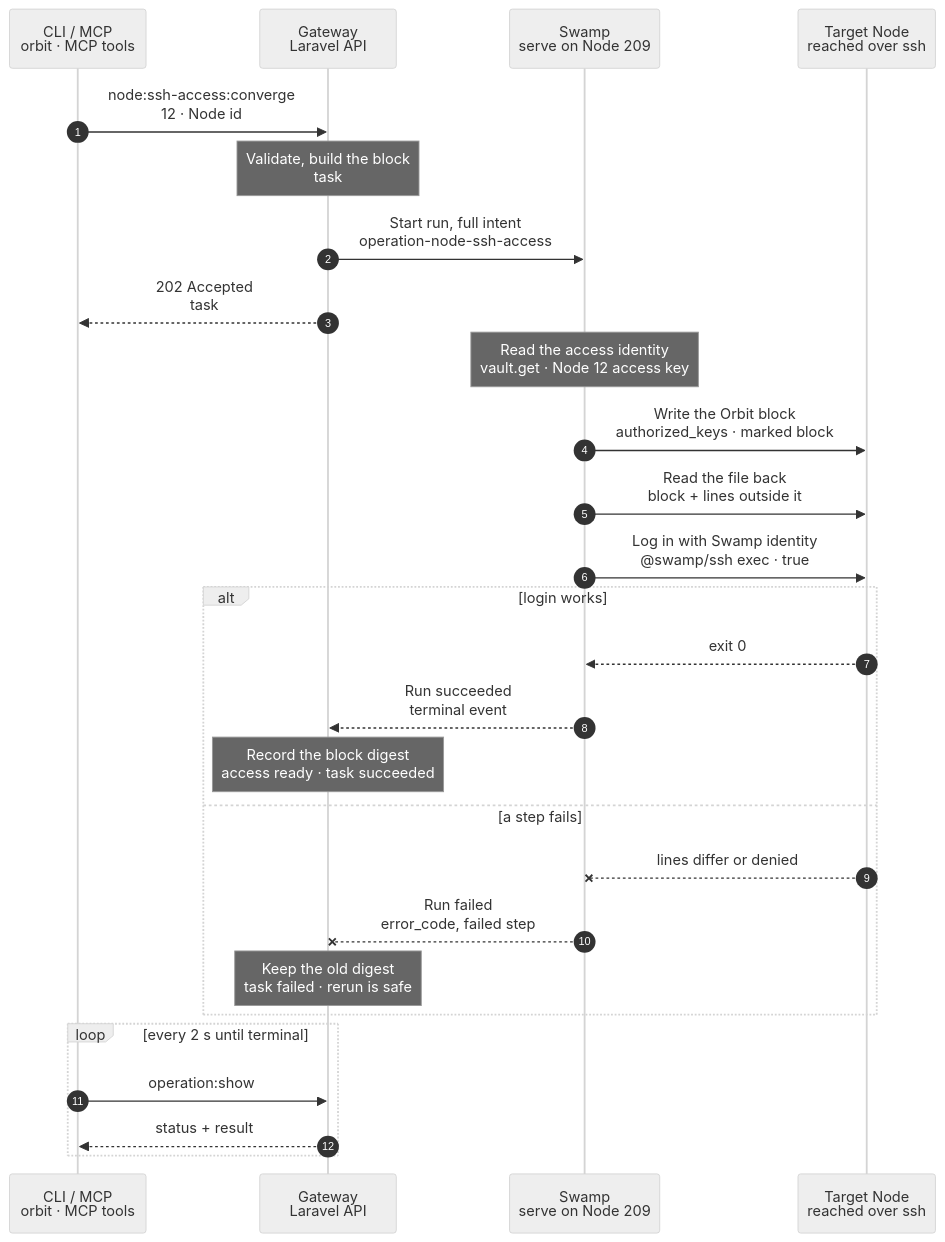
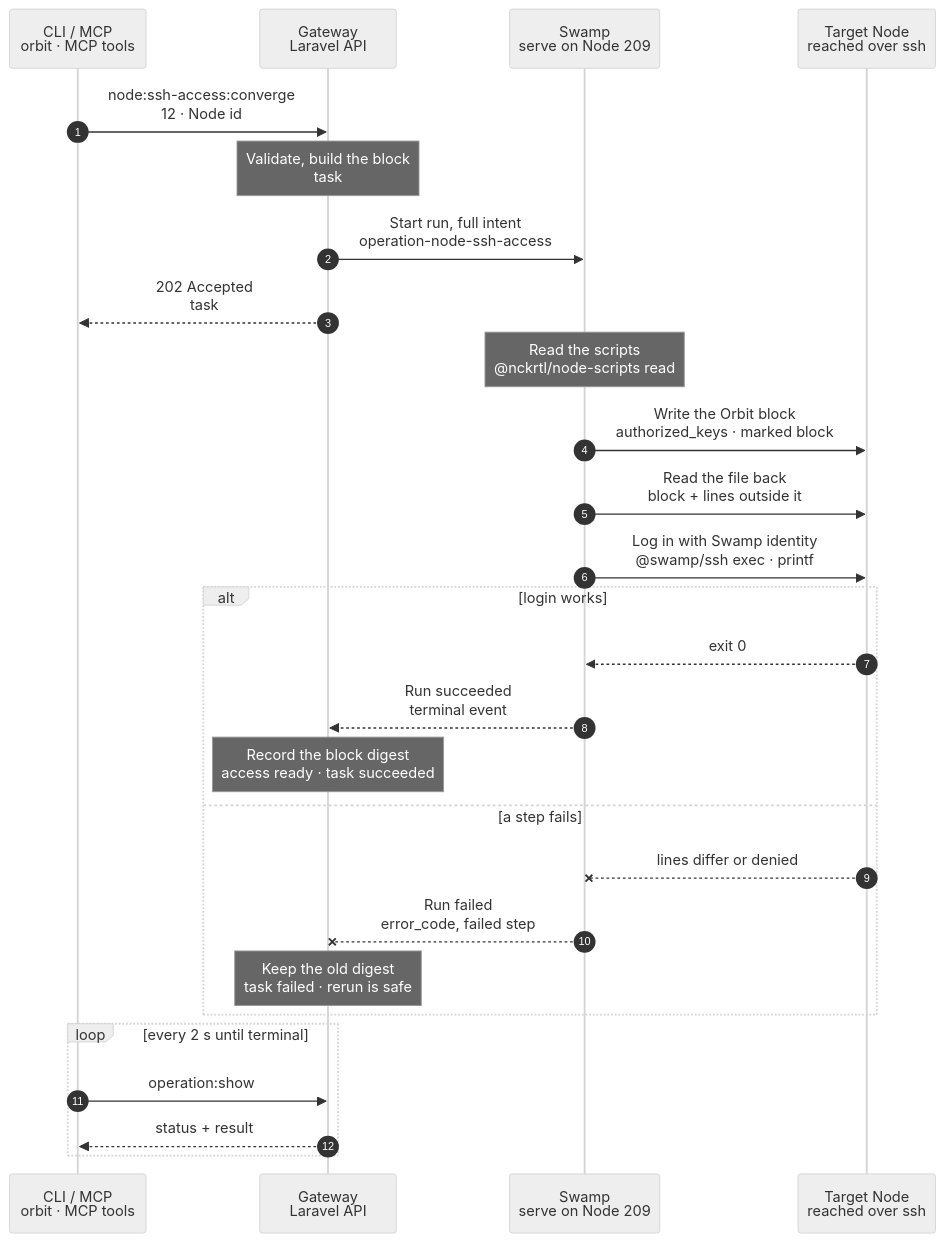
The diagram in docs/flows/node.ssh_access_converge.mmd (hardimpactdev/orbit), drawn with Mermaid (neutral theme) before and after one commit. The commit also changed 22 other files, not shown here.

First line of the commit message:
feat(nodes): node.ssh_access_converge writes only Orbit's marked authorized_keys block

```diff
--- a/docs/flows/node.ssh_access_converge.mmd
+++ b/docs/flows/node.ssh_access_converge.mmd
@@ -1,113 +1,116 @@
 sequenceDiagram
   %% Target design: ADR 0244 task, DECISIONS R2-R4 and 5 (one swamp-role SSH identity); Orbit owns only its marked authorized_keys block (Nov 1 incident).
   %% status: draft
   %% command: node:ssh-access:converge
   autonumber
   %% lane CLI icon=terminal pill=caller tone=gray
   %% lane GW icon=gateway pill=intent tone=blue
   %% lane SW icon=workflow pill=executes tone=green
   %% lane N icon=server pill=target tone=amber
   participant CLI as CLI / MCP<br/>orbit · MCP tools
   participant GW as Gateway<br/>Laravel API
   participant SW as Swamp<br/>serve on Node 209
   participant N as Target Node<br/>reached over ssh
   CLI->>GW: node:ssh-access:converge<br/>12 · Node id
   %%> Command:
   %%> - MCP tool `node-ssh-access-converge` with node `12`; API `POST /nodes/12/ssh-access/converge`
   %%> - syntax: `<node>`
   %%> Input:
   %%> - the Node only; the keys come from Orbit's records, never from the request
   %%> What it does:
   %%> - makes Node 12's managed account accept the Swamp Node's SSH identity and the operator keys recorded in Orbit
   %%> - keeps every other key in `authorized_keys` exactly as it is
   %%> Who can call it:
   %%> - the MCP tool and the API; the `orbit` CLI has no command for it yet
   Note over GW: Validate, build the block<br/>task #5133 · Node 12
   %%> Requirements:
   %%> - your Node has an access grant to Node 12
   %%> - Node 12 is an active, managed Linux Node with stored SSH host keys
   %%> - its managed account is not `root`
   %%> - no other SSH access change runs for Node 12; the Gateway holds one lock per Node
   %%> Builds:
   %%> - the Orbit block: the `swamp` role's public key from Node 209, then each operator key recorded in Orbit, in a stable order
   %%> - the block's digest
   %%> Reuse:
   %%> - a succeeded or running task with the same digest for Node 12 is returned instead of a new one
   %%> Result:
   %%> - task #5133 recorded with the full intent; no private key in it
   GW->>SW: Start run, full intent<br/>operation-node-ssh-access
   %%> What it does:
   %%> - starts one Swamp run on serve (Node 209)
   %%> Inputs:
   %%> - the block's lines and digest, and the managed account
   %%> - Node 12's address and SSH host keys
   %%> - the vault key name of Node 12's access identity, never the key itself (R3)
+  %%> Before the run:
+  %%> - the Gateway puts the identity Node 12 already accepts into the Swamp vault
   GW-->>CLI: 202 Accepted<br/>task #5133
   %%> What you get:
   %%> - the task number, at once
   %%> Next:
   %%> - the CLI follows the task with `operation:show`
-  Note over SW: Read the access identity<br/>vault.get · Node 12 access key
+  Note over SW: Read the scripts<br/>@nckrtl/node-scripts read
   %%> What it does:
-  %%> - reads the identity that Node 12 already accepts from the Swamp vault
-  %%> Why:
-  %%> - the new Swamp identity may not be accepted yet, for example after it was replaced
+  %%> - reads the shipped `authorized_keys.py` script and the block's keys on 209
   SW->>N: Write the Orbit block<br/>authorized_keys · marked block
   %%> What it does:
   %%> - replaces only the lines between `# BEGIN Orbit managed keys` and `# END Orbit managed keys`
   %%> - adds the block at the end of the file when it is missing
   %%> - writes a temporary file and renames it, keeping owner and mode `0600`; an identical block writes nothing
   %%> Never:
   %%> - removes, reorders or changes a line outside the block
   %%> - a key that also sits outside the block stays there
   %%> Refuses:
   %%> - a file with broken markers, such as two BEGIN lines or no END line; then nothing is written
   %%> How:
-  %%> - a tracked script through `@swamp/ssh` from 209, as the managed account
+  %%> - the shipped script through `@swamp/ssh` from 209, as the managed account
+  %%> - logs in with the identity Node 12 already accepts, read with `vault.get`; the new Swamp identity may not be accepted yet
+  %%> Returns:
+  %%> - the digest of the lines outside the block, for the read-back
   SW->>N: Read the file back<br/>block + lines outside it
   %%> What it does:
   %%> - checks that the block holds exactly the intended keys
   %%> - checks that the lines outside the block equal the lines before the write
   %%> Why:
   %%> - proves that no operator key outside the block was lost
-  SW->>N: Log in with Swamp identity<br/>@swamp/ssh exec · true
+  SW->>N: Log in with Swamp identity<br/>@swamp/ssh exec · printf
   %%> What it does:
-  %%> - opens a new SSH session with the `swamp` role identity only, and runs `true`
+  %%> - opens a new SSH session with the `swamp` role identity only, and prints the ready result
   %%> Why:
   %%> - access only counts as ready when the Swamp identity really logs in
   alt login works
     N-->>SW: exit 0
     %%> Returns:
     %%> - every check passed
     SW-->>GW: Run succeeded<br/>terminal event
     %%> How the Gateway learns it:
     %%> - its shared run reader sees the terminal event; Swamp never calls the Gateway
     Note over GW: Record the block digest<br/>access ready · task succeeded
     %%> Result:
     %%> - Node 12's SSH access digest is the new block's digest
     %%> - task #5133 succeeds
   else a step fails
     N--xSW: lines differ or denied
     %%> When:
     %%> - the markers are broken, the read-back differs, or the Swamp identity is refused
     SW--xGW: Run failed<br/>error_code, failed step
     %%> The Gateway reads:
     %%> - which step failed and its error code
     Note over GW: Keep the old digest<br/>task failed · rerun is safe
     %%> Result:
     %%> - Node 12's recorded SSH access stays as it was
     %%> - task #5133 fails
     %%> On the Node:
     %%> - a written block stays; there is no rollback
     %%> - keys outside the block are never touched, so operator access stays
     %%> Retry:
     %%> - run the same command again after fixing the cause; it rewrites only the block
   end
   loop every 2 s until terminal
     CLI->>GW: operation:show #5133
     %%> What it does:
     %%> - asks for the task's status every 2 seconds until it has ended
     GW-->>CLI: status + result
     %%> Returns:
     %%> - the current status, and the result once the task has ended
   end
```
